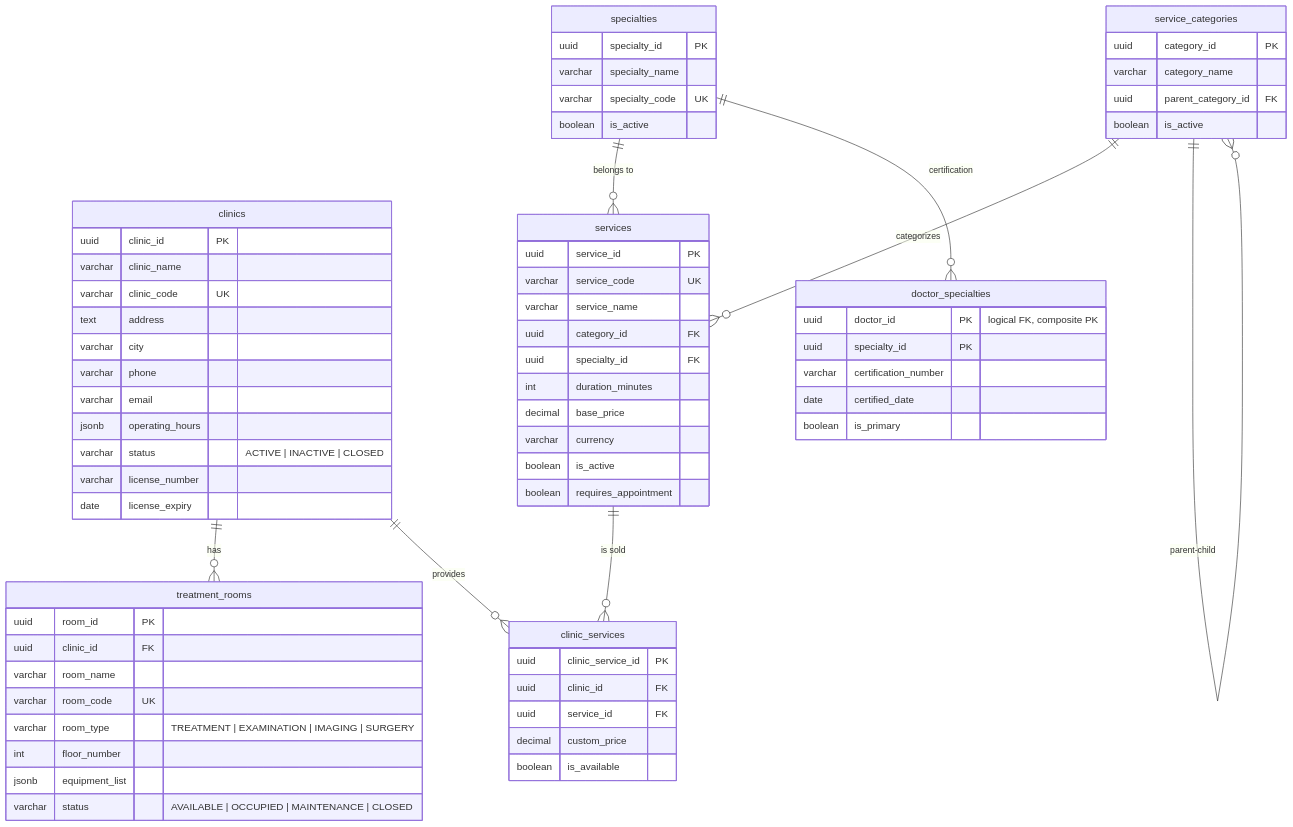
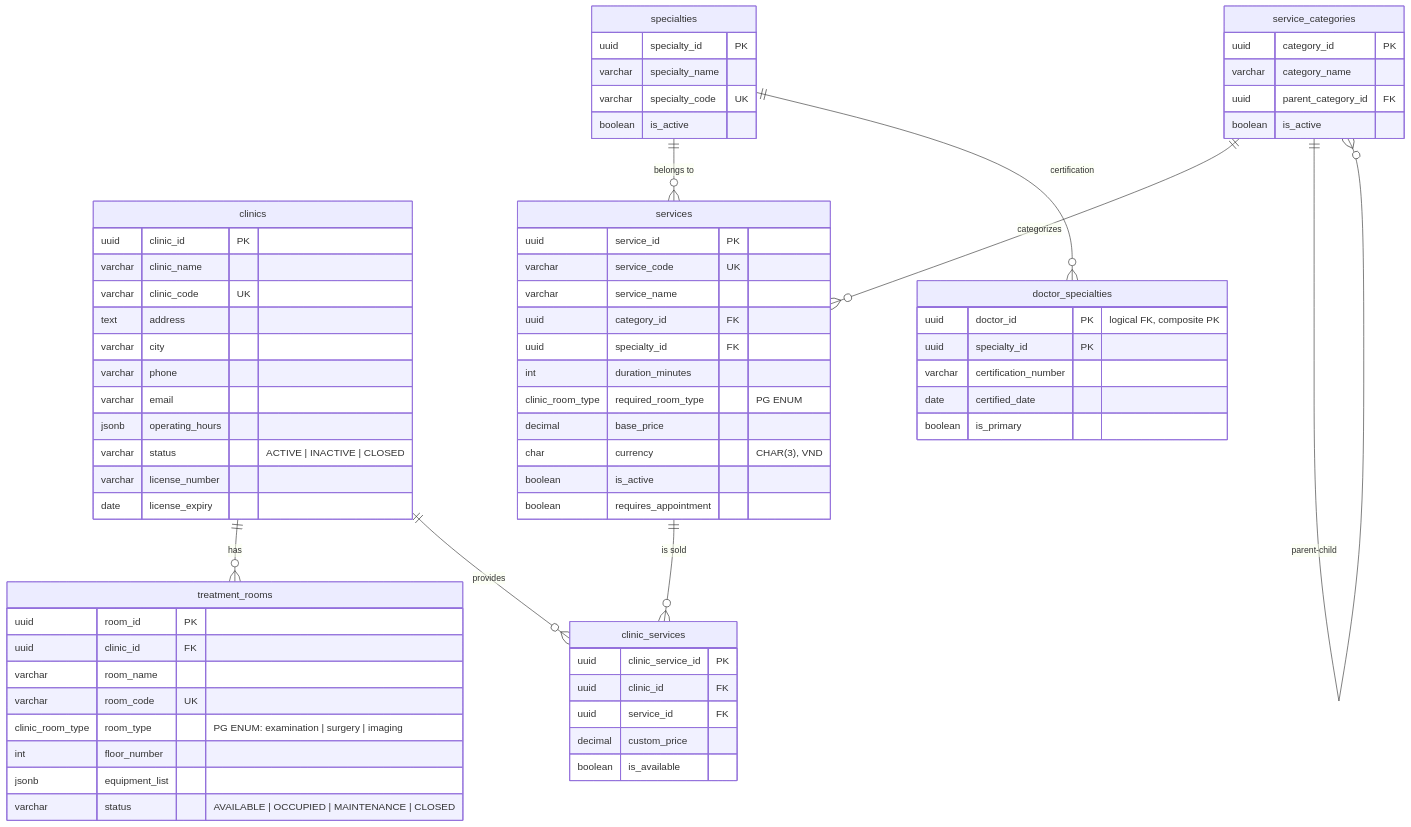
Before and after one commit to LTPPPP/Smart-Medical-Intelligent-Ledger-for-E-health-S.M.I.L.E-: the seventh of 9 diagrams in docs/architecture/erd.md, drawn with Mermaid. The commit also changed other lines of this file and 4 other files, not shown here.

First line of the commit message:
update : refresh ERD diagrams and architecture doc to match schemas

````diff
--- a/docs/architecture/erd.md
+++ b/docs/architecture/erd.md
@@ -499,72 +508,73 @@
 ```mermaid
 erDiagram
     clinics ||--o{ treatment_rooms : "has"
     clinics ||--o{ clinic_services : "provides"
     services ||--o{ clinic_services : "is sold"
     service_categories ||--o{ services : "categorizes"
     service_categories ||--o{ service_categories : "parent-child"
     specialties ||--o{ services : "belongs to"
     specialties ||--o{ doctor_specialties : "certification"
 
     clinics {
         uuid clinic_id PK
         varchar clinic_name
         varchar clinic_code UK
         text address
         varchar city
         varchar phone
         varchar email
         jsonb operating_hours
         varchar status "ACTIVE | INACTIVE | CLOSED"
         varchar license_number
         date license_expiry
     }
     treatment_rooms {
         uuid room_id PK
         uuid clinic_id FK
         varchar room_name
         varchar room_code UK
-        varchar room_type "TREATMENT | EXAMINATION | IMAGING | SURGERY"
+        clinic_room_type room_type "PG ENUM: examination | surgery | imaging"
         int floor_number
         jsonb equipment_list
         varchar status "AVAILABLE | OCCUPIED | MAINTENANCE | CLOSED"
     }
     specialties {
         uuid specialty_id PK
         varchar specialty_name
         varchar specialty_code UK
         boolean is_active
     }
     service_categories {
         uuid category_id PK
         varchar category_name
         uuid parent_category_id FK
         boolean is_active
     }
     services {
         uuid service_id PK
         varchar service_code UK
         varchar service_name
         uuid category_id FK
         uuid specialty_id FK
         int duration_minutes
+        clinic_room_type required_room_type "PG ENUM"
         decimal base_price
-        varchar currency
+        char currency "CHAR(3), VND"
         boolean is_active
         boolean requires_appointment
     }
     clinic_services {
         uuid clinic_service_id PK
         uuid clinic_id FK
         uuid service_id FK
         decimal custom_price
         boolean is_available
     }
     doctor_specialties {
         uuid doctor_id PK "logical FK, composite PK"
         uuid specialty_id PK
         varchar certification_number
         date certified_date
         boolean is_primary
     }
 ```
````
